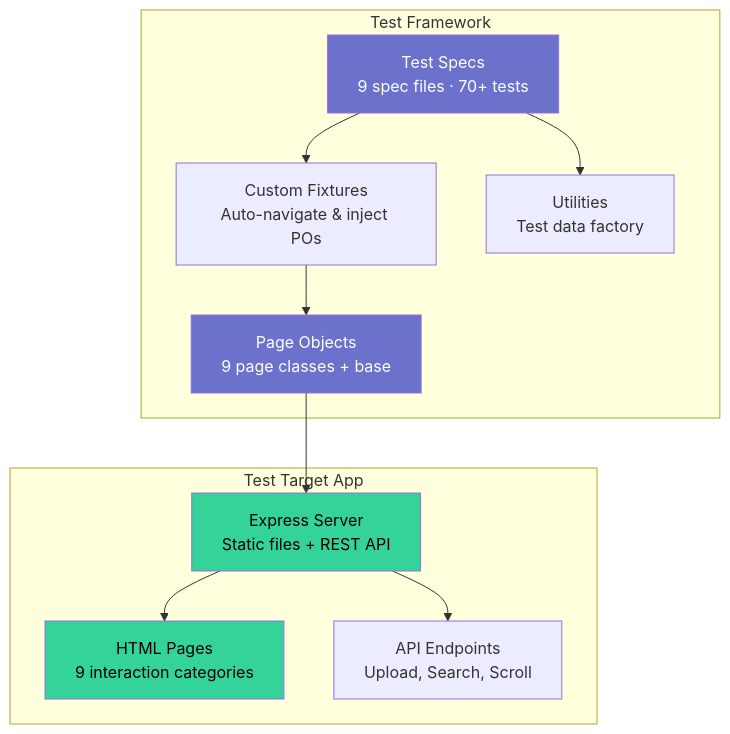
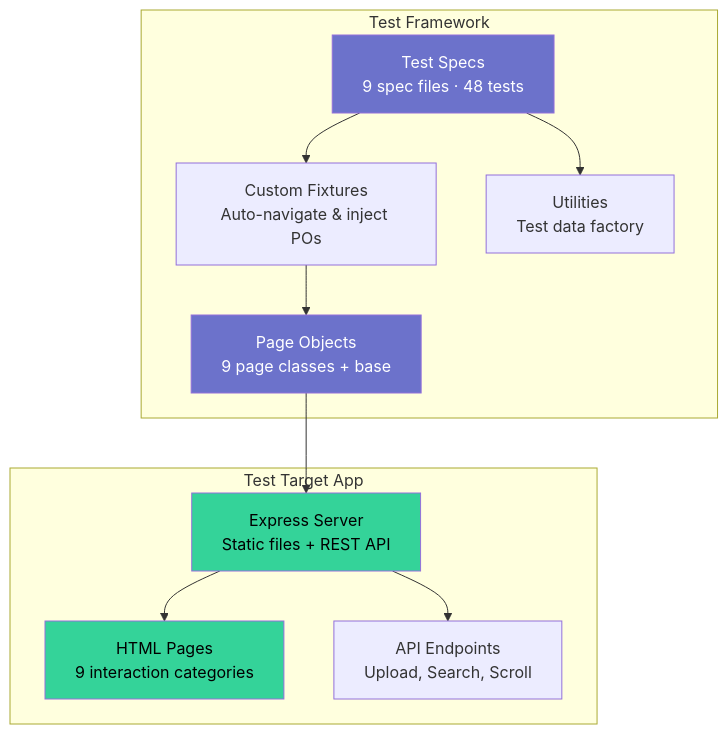
One commit to ankursingh08/playwright-ui-interactions changed the diagram in README.md. Above: the diagram before and after it, drawn with Mermaid. The commit also changed other lines of this file, not shown here.

````diff
--- a/README.md
+++ b/README.md
@@ -14,27 +14,27 @@
 ```mermaid
 graph TB
     subgraph "Test Framework"
-        Tests["Test Specs<br/>9 spec files · 70+ tests"]
+        Tests["Test Specs<br/>9 spec files · 48 tests"]
         Fixtures["Custom Fixtures<br/>Auto-navigate & inject POs"]
         Pages["Page Objects<br/>9 page classes + base"]
         Helpers["Utilities<br/>Test data factory"]
     end
 
     subgraph "Test Target App"
         Server["Express Server<br/>Static files + REST API"]
         UI["HTML Pages<br/>9 interaction categories"]
         API["API Endpoints<br/>Upload, Search, Scroll"]
     end
 
     Tests --> Fixtures
     Fixtures --> Pages
     Pages --> Server
     Tests --> Helpers
     Server --> UI
     Server --> API
 
     style Tests fill:#6c72cb,color:#fff
     style Pages fill:#6c72cb,color:#fff
     style Server fill:#34d399,color:#000
     style UI fill:#34d399,color:#000
 ```
````
